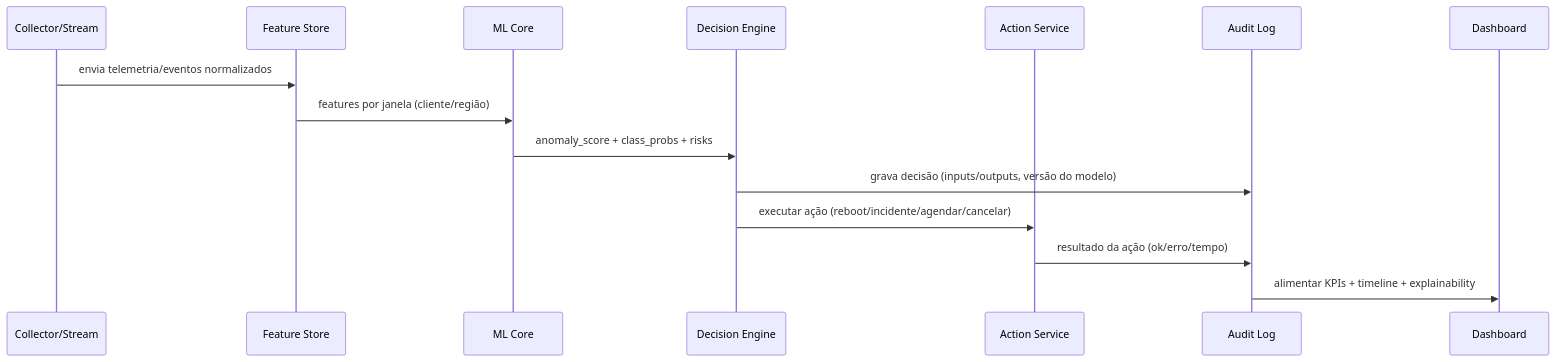
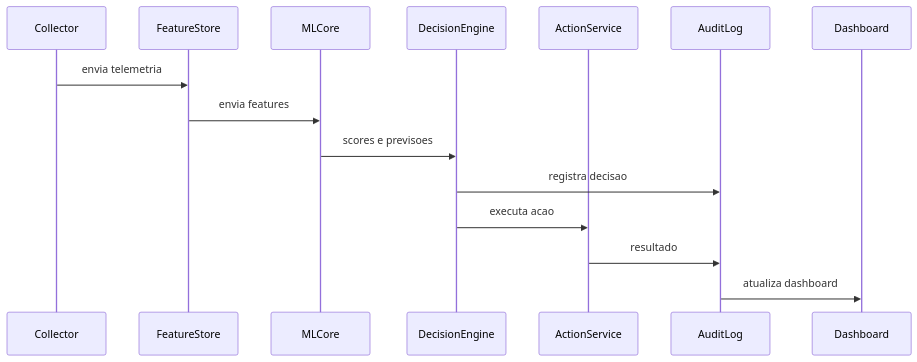
One commit to murylomarques/AI_Network_Guardian changed the third of 4 diagrams in README.md. Above: the diagram before and after it, drawn with Mermaid. The commit also changed other lines of this file, not shown here.

````diff
--- a/README.md
+++ b/README.md
@@ -123,18 +147,18 @@
 ```mermaid
 sequenceDiagram
-  participant COL as Collector/Stream
-  participant FEAT as Feature Store
-  participant ML as ML Core
-  participant DEC as Decision Engine
-  participant ACT as Action Service
-  participant AUD as Audit Log
+  participant COL as Collector
+  participant FEAT as FeatureStore
+  participant ML as MLCore
+  participant DEC as DecisionEngine
+  participant ACT as ActionService
+  participant AUD as AuditLog
   participant UI as Dashboard
 
-  COL->>FEAT: envia telemetria/eventos normalizados
-  FEAT->>ML: features por janela (cliente/região)
-  ML->>DEC: anomaly_score + class_probs + risks
-  DEC->>AUD: grava decisão (inputs/outputs, versão do modelo)
-  DEC->>ACT: executar ação (reboot/incidente/agendar/cancelar)
-  ACT->>AUD: resultado da ação (ok/erro/tempo)
-  AUD->>UI: alimentar KPIs + timeline + explainability
+  COL->>FEAT: envia telemetria
+  FEAT->>ML: envia features
+  ML->>DEC: scores e previsoes
+  DEC->>AUD: registra decisao
+  DEC->>ACT: executa acao
+  ACT->>AUD: resultado
+  AUD->>UI: atualiza dashboard
 ```
````
